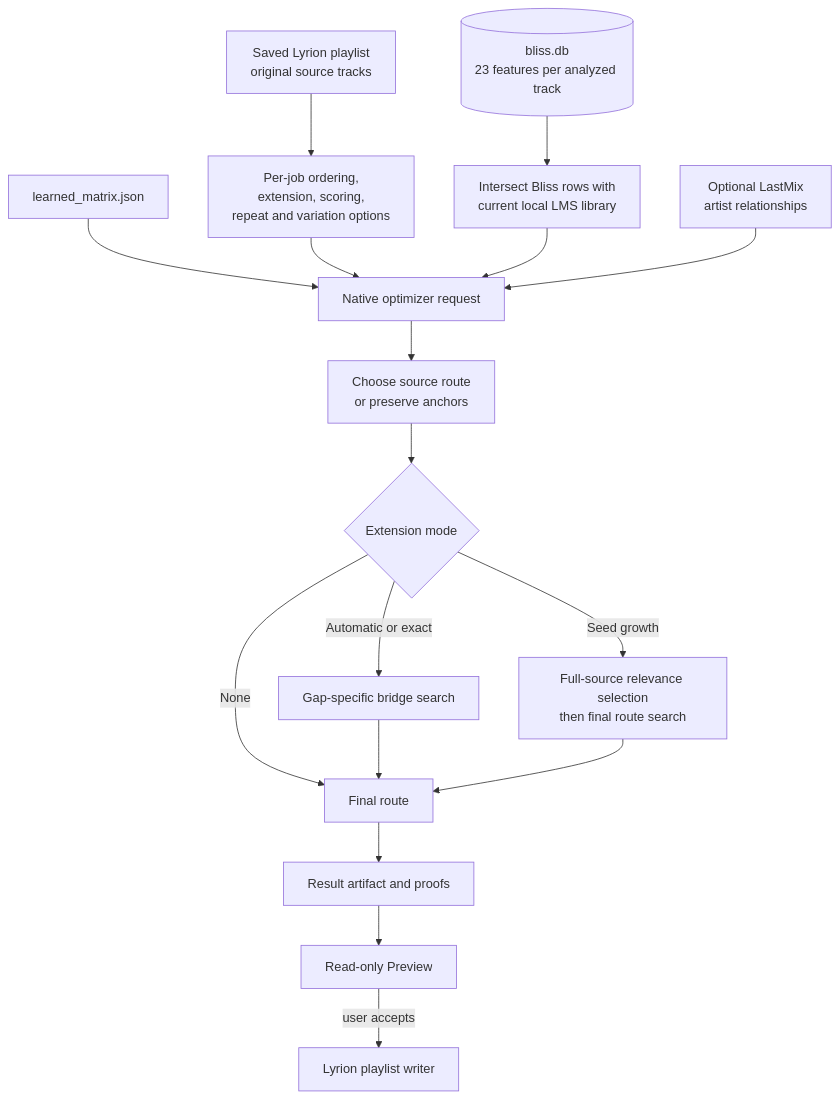
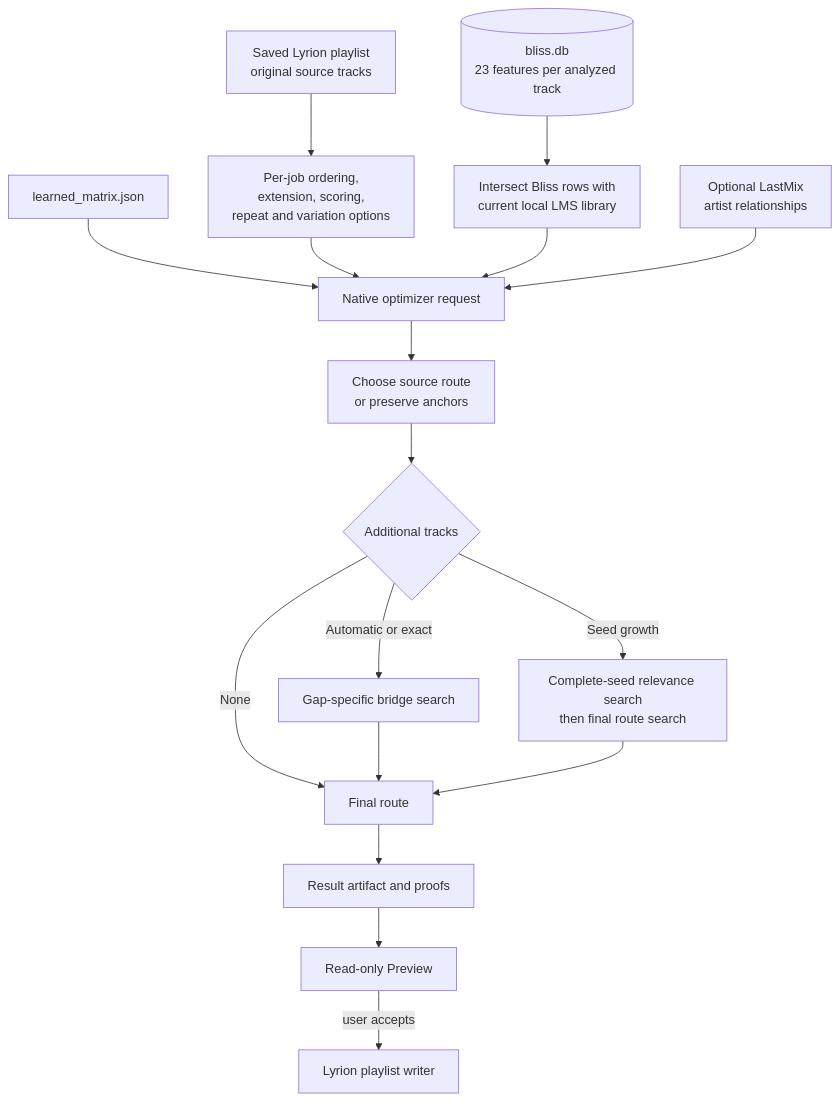
One commit to chrober/lms-better-call-bliss changed the first of 7 diagrams in ALGORITHMS.md. Above: the diagram before and after it, drawn with Mermaid. The commit also changed other lines of this file, not shown here.

```diff
--- a/ALGORITHMS.md
+++ b/ALGORITHMS.md
@@ -102,19 +44,19 @@
 ~~~mermaid
 flowchart TD
     P["Saved Lyrion playlist<br/>original source tracks"] --> O["Per-job ordering,<br/>extension, scoring,<br/>repeat and variation options"]
     DB[("bliss.db<br/>23 features per analyzed track")] --> I["Intersect Bliss rows with<br/>current local LMS library"]
     M["learned_matrix.json"] --> N
     O --> N["Native optimizer request"]
     I --> N
     L["Optional LastMix<br/>artist relationships"] --> N
     N --> S["Choose source route<br/>or preserve anchors"]
-    S --> X{"Extension mode"}
+    S --> X{"Additional tracks"}
     X -- None --> R["Final route"]
     X -- Automatic or exact --> B["Gap-specific bridge search"]
-    X -- Seed growth --> G["Full-source relevance selection<br/>then final route search"]
+    X -- Seed growth --> G["Complete-seed relevance search<br/>then final route search"]
     B --> R
     G --> R
     R --> V["Result artifact and proofs"]
     V --> Q["Read-only Preview"]
     Q -->|"user accepts"| W["Lyrion playlist writer"]
 ~~~
```
